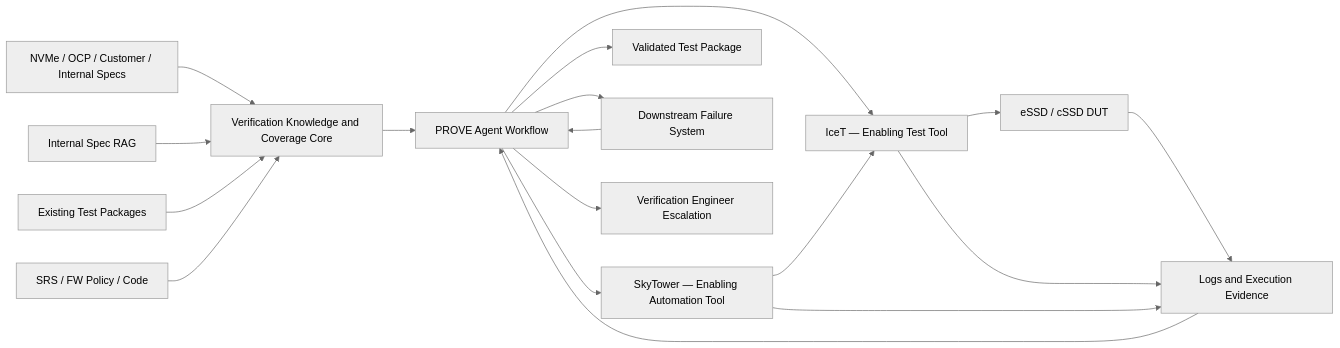
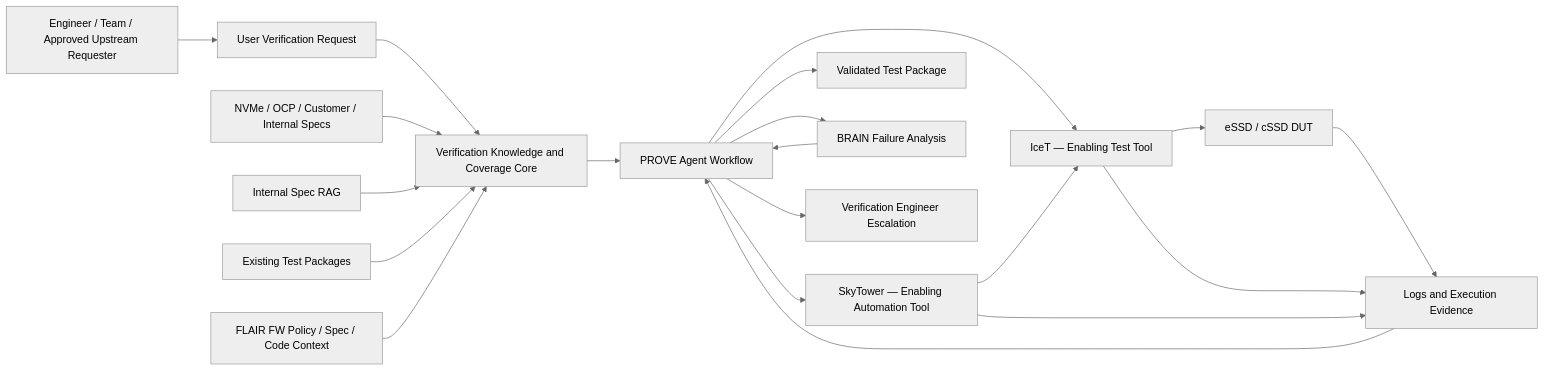
The diagram in docs/architecture/system-context.md (huhuFactory/prove), drawn with Mermaid (neutral theme) before and after one commit. The commit also changed other lines of this file and 63 other files, not shown here.

````diff
--- a/docs/architecture/system-context.md
+++ b/docs/architecture/system-context.md
@@ -23,23 +28,25 @@
 ```mermaid
 flowchart LR
+    Requester["Engineer / Team / Approved Upstream Requester"] --> Request["User Verification Request"]
+    Request --> Core
     Specs["NVMe / OCP / Customer / Internal Specs"] --> Core["Verification Knowledge and Coverage Core"]
     RAG["Internal Spec RAG"] --> Core
     Packages["Existing Test Packages"] --> Core
-    FW["SRS / FW Policy / Code"] --> Core
+    FLAIR["FLAIR FW Policy / Spec / Code Context"] --> Core
 
     Core --> PROVE["PROVE Agent Workflow"]
     PROVE --> IceT["IceT — Enabling Test Tool"]
     PROVE --> SkyTower["SkyTower — Enabling Automation Tool"]
     IceT --> DUT["eSSD / cSSD DUT"]
     SkyTower --> IceT
 
     DUT --> Evidence["Logs and Execution Evidence"]
     IceT --> Evidence
     SkyTower --> Evidence
     Evidence --> PROVE
 
     PROVE --> Package["Validated Test Package"]
-    PROVE --> Downstream["Downstream Failure System"]
-    Downstream --> PROVE
+    PROVE --> BRAIN["BRAIN Failure Analysis"]
+    BRAIN --> PROVE
     PROVE --> Human["Verification Engineer Escalation"]
 ```
````
